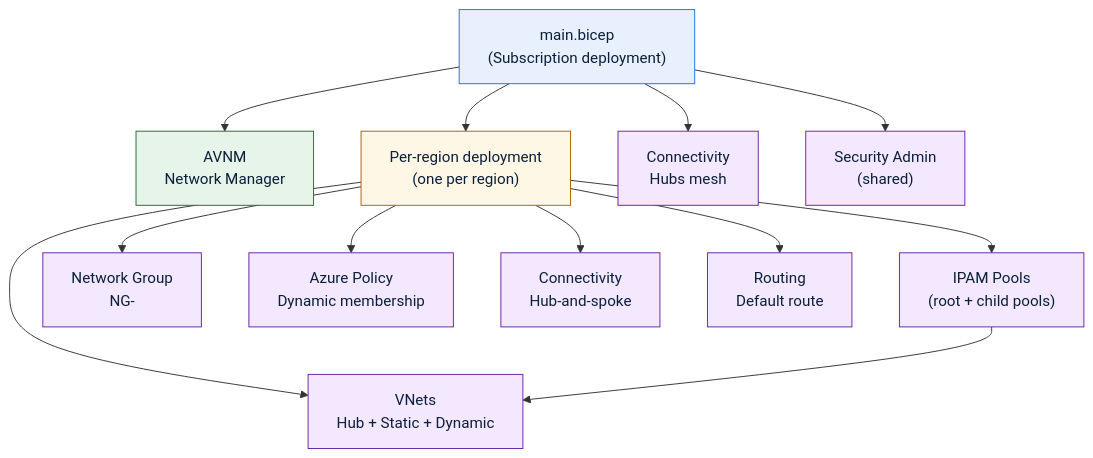
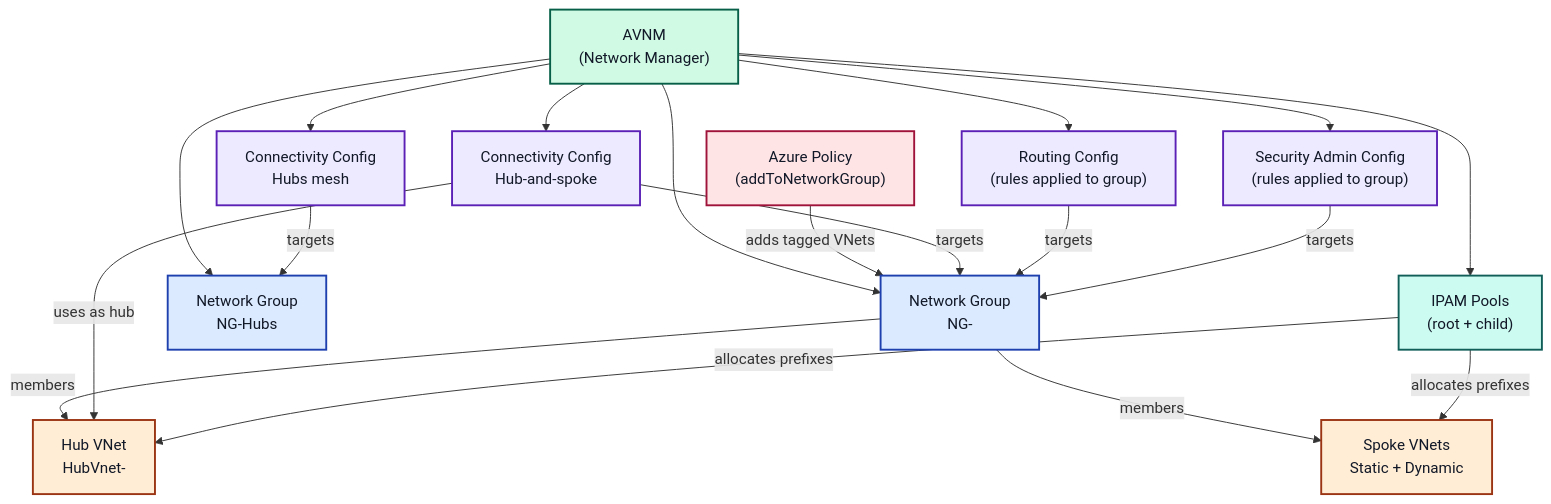
One commit to PieterbasNagengast/Azure-AVNM changed the diagram in README.md. Above: the diagram before and after it, drawn with Mermaid.

Commit message:
Refactor flowchart in README.md to enhance clarity of AVNM components and relationships; update color themes for better visual distinction

````diff
--- a/README.md
+++ b/README.md
@@ -115,41 +115,59 @@
 ```mermaid
 flowchart TB
-  MAIN["main.bicep\n(Subscription deployment)"]
+	AVNM["AVNM\n(Network Manager)"]
 
-  AVNM["AVNM\nNetwork Manager"]
-  PER["Per-region deployment\n(one per region)"]
+	NGREG["Network Group\nNG-<location>"]
+	NGHUBS["Network Group\nNG-Hubs"]
 
-  HUBMESH["Connectivity\nHubs mesh"]
-  SEC["Security Admin\n(shared)"]
+	HUBVNET["Hub VNet\nHubVnet-<location>"]
+	SPOKEVNETS["Spoke VNets\nStatic + Dynamic"]
 
-  VNETS["VNets\nHub + Static + Dynamic"]
-  IPAM["IPAM Pools\n(root + child pools)"]
-  NG["Network Group\nNG-<location>"]
-  POLICY["Azure Policy\nDynamic membership"]
-  CONN["Connectivity\nHub-and-spoke"]
-  ROUTE["Routing\nDefault route"]
+	POLICY["Azure Policy\n(addToNetworkGroup)"]
 
-  MAIN --> AVNM
-  MAIN --> PER
-  MAIN --> HUBMESH
-  MAIN --> SEC
+	CONNREG["Connectivity Config\nHub-and-spoke"]
+	CONNHUBS["Connectivity Config\nHubs mesh"]
+	ROUTE["Routing Config\n(rules applied to group)"]
+	SEC["Security Admin Config\n(rules applied to group)"]
 
-  PER --> IPAM
-  PER --> VNETS
-  PER --> NG
-  PER --> POLICY
-  PER --> CONN
-  PER --> ROUTE
-  IPAM --> VNETS
+	IPAM["IPAM Pools\n(root + child)"]
 
-  %% simple color theme
-  classDef entry fill:#E8F0FE,stroke:#1A73E8,stroke-width:1px,color:#0B1F3A;
-  classDef avnm fill:#E6F4EA,stroke:#137333,stroke-width:1px,color:#0B1F3A;
-  classDef per fill:#FFF7E6,stroke:#B06000,stroke-width:1px,color:#0B1F3A;
-  classDef feature fill:#F3E8FF,stroke:#6B21A8,stroke-width:1px,color:#0B1F3A;
+	%% Relationships (conceptual)
+	AVNM --> NGREG
+	AVNM --> NGHUBS
+	AVNM --> CONNREG
+	AVNM --> CONNHUBS
+	AVNM --> ROUTE
+	AVNM --> SEC
+	AVNM --> IPAM
 
-  class MAIN entry;
-  class AVNM avnm;
-  class PER per;
-  class HUBMESH,SEC,VNETS,IPAM,NG,POLICY,CONN,ROUTE feature;
+	%% Group membership
+	NGREG -->|members| HUBVNET
+	NGREG -->|members| SPOKEVNETS
+	POLICY -->|adds tagged VNets| NGREG
+
+	%% Config targets
+	CONNREG -->|targets| NGREG
+	CONNREG -->|uses as hub| HUBVNET
+	ROUTE -->|targets| NGREG
+	SEC -->|targets| NGREG
+	CONNHUBS -->|targets| NGHUBS
+
+	%% IP allocation
+	IPAM -->|allocates prefixes| HUBVNET
+	IPAM -->|allocates prefixes| SPOKEVNETS
+
+	%% higher-contrast color theme
+	classDef manager fill:#D1FAE5,stroke:#065F46,stroke-width:2px,color:#111827;
+	classDef group fill:#DBEAFE,stroke:#1E40AF,stroke-width:2px,color:#111827;
+	classDef config fill:#EDE9FE,stroke:#5B21B6,stroke-width:2px,color:#111827;
+	classDef network fill:#FFEDD5,stroke:#9A3412,stroke-width:2px,color:#111827;
+	classDef ipam fill:#CCFBF1,stroke:#115E59,stroke-width:2px,color:#111827;
+	classDef policy fill:#FFE4E6,stroke:#9F1239,stroke-width:2px,color:#111827;
+
+	class AVNM manager;
+	class NGREG,NGHUBS group;
+	class CONNREG,CONNHUBS,ROUTE,SEC config;
+	class HUBVNET,SPOKEVNETS network;
+	class IPAM ipam;
+	class POLICY policy;
 ```
````
